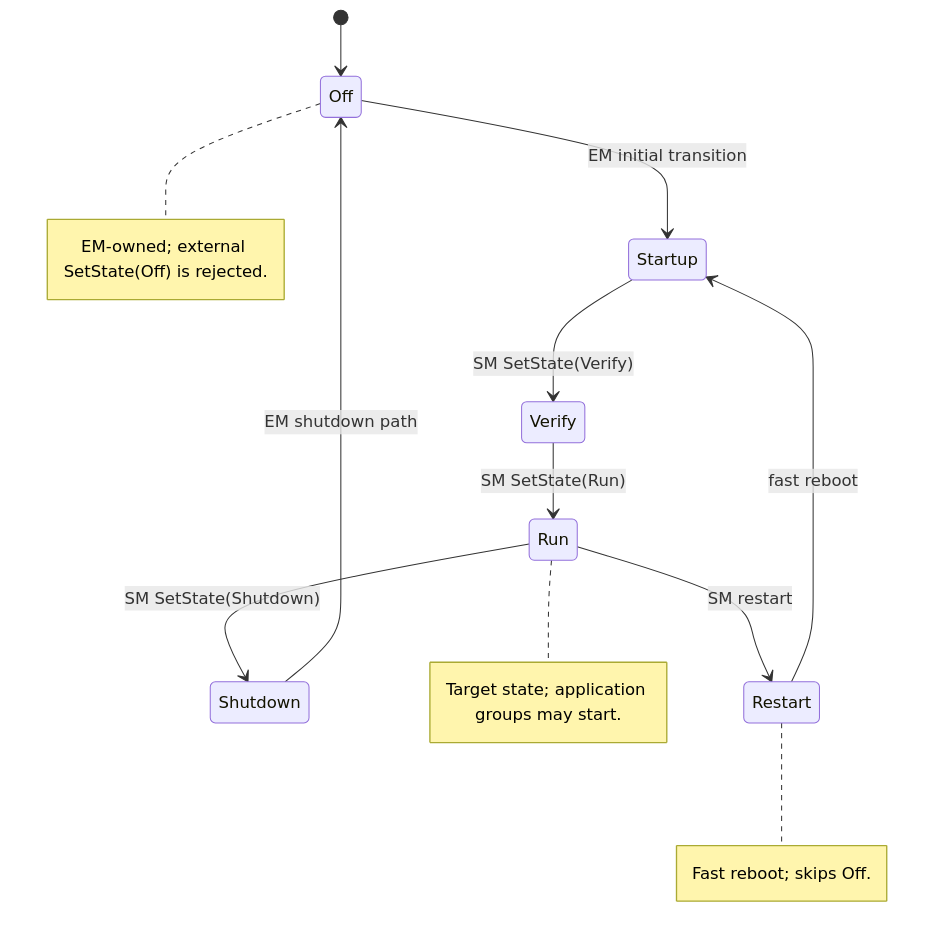
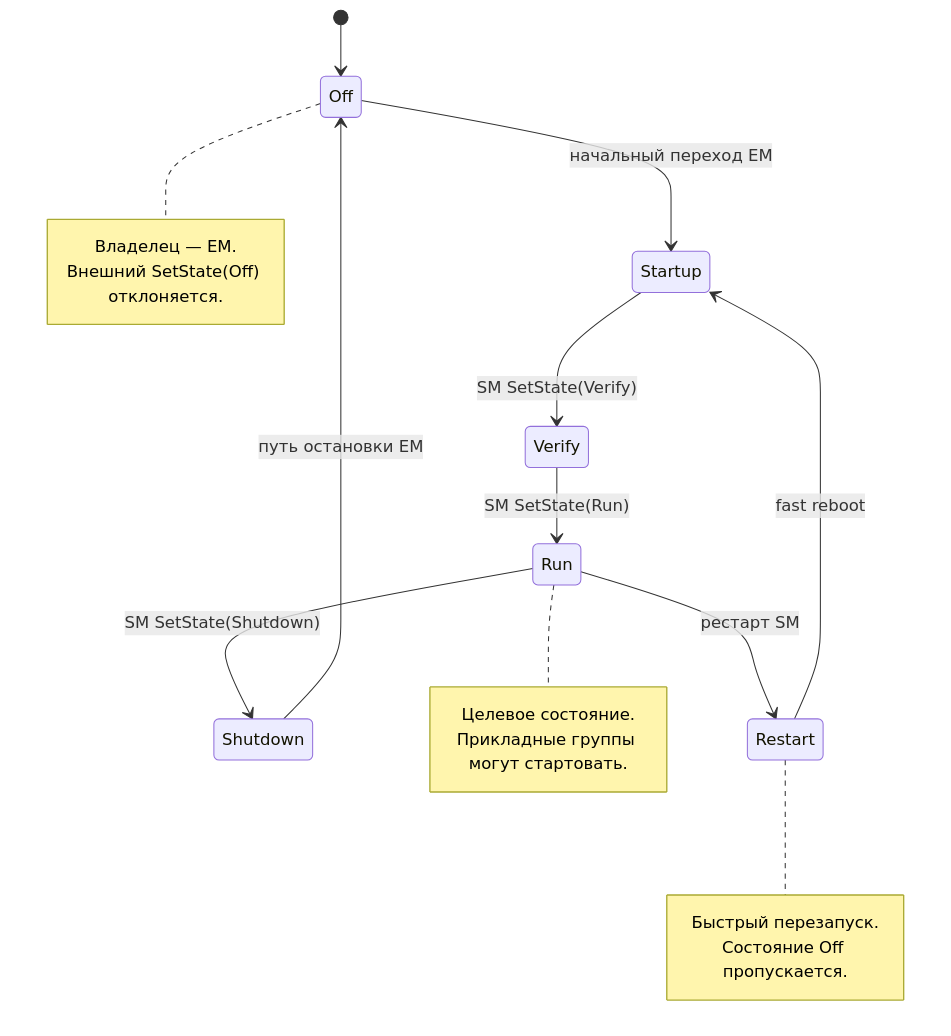
One commit to nexigen-tech/nexigen-cpp changed the sixth of 7 diagrams in docs/architecture.md. Above: the diagram before and after it, drawn with Mermaid. The commit also changed other lines of this file and 88 other files, not shown here.

````diff
--- a/docs/architecture.md
+++ b/docs/architecture.md
@@ -308,21 +719,24 @@
 ```mermaid
 stateDiagram-v2
     [*] --> Off
-    Off --> Startup: EM initial transition
+    Off --> Startup: начальный переход EM
     Startup --> Verify: SM SetState(Verify)
     Verify --> Run: SM SetState(Run)
     Run --> Shutdown: SM SetState(Shutdown)
-    Shutdown --> Off: EM shutdown path
-    Run --> Restart: SM restart
+    Shutdown --> Off: путь остановки EM
+    Run --> Restart: рестарт SM
     Restart --> Startup: fast reboot
 
     note right of Off
-        EM-owned; external SetState(Off) is rejected.
+        Владелец — EM.
+        Внешний SetState(Off) отклоняется.
     end note
     note right of Run
-        Target state; application groups may start.
+        Целевое состояние.
+        Прикладные группы могут стартовать.
     end note
     note right of Restart
-        Fast reboot; skips Off.
+        Быстрый перезапуск.
+        Состояние Off пропускается.
     end note
 ```
````
